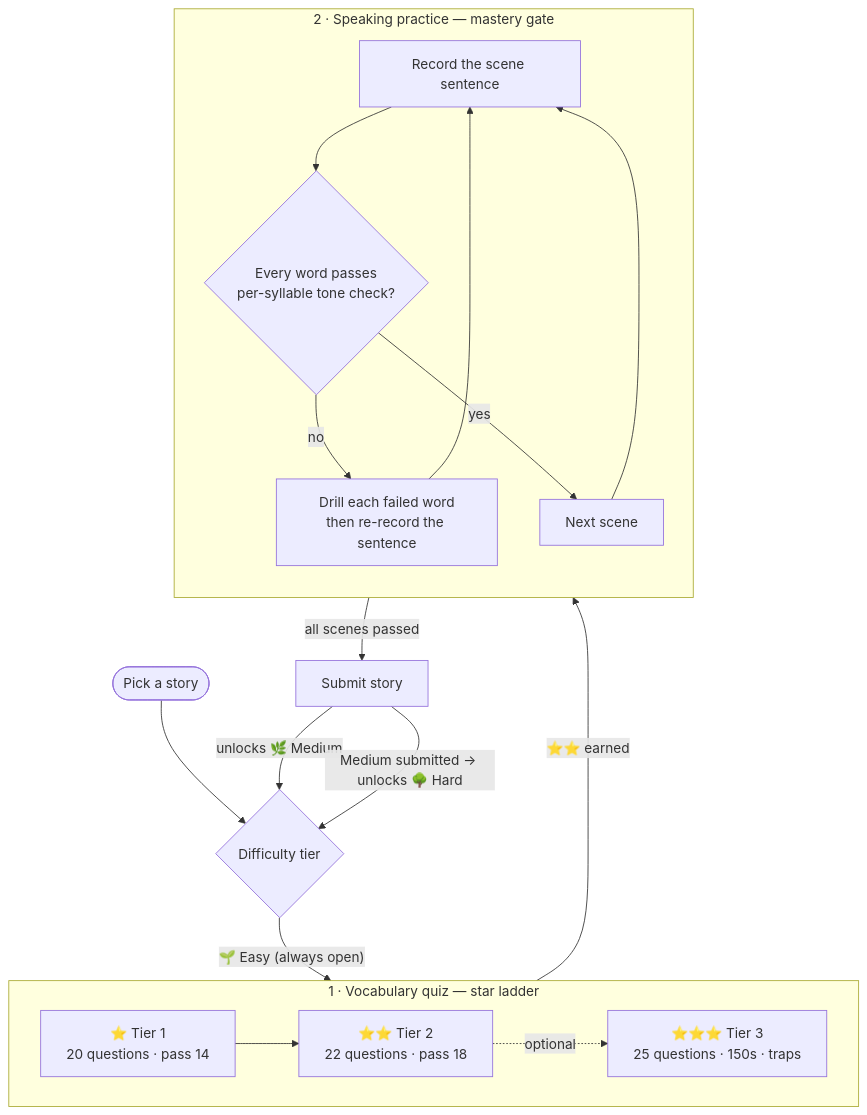
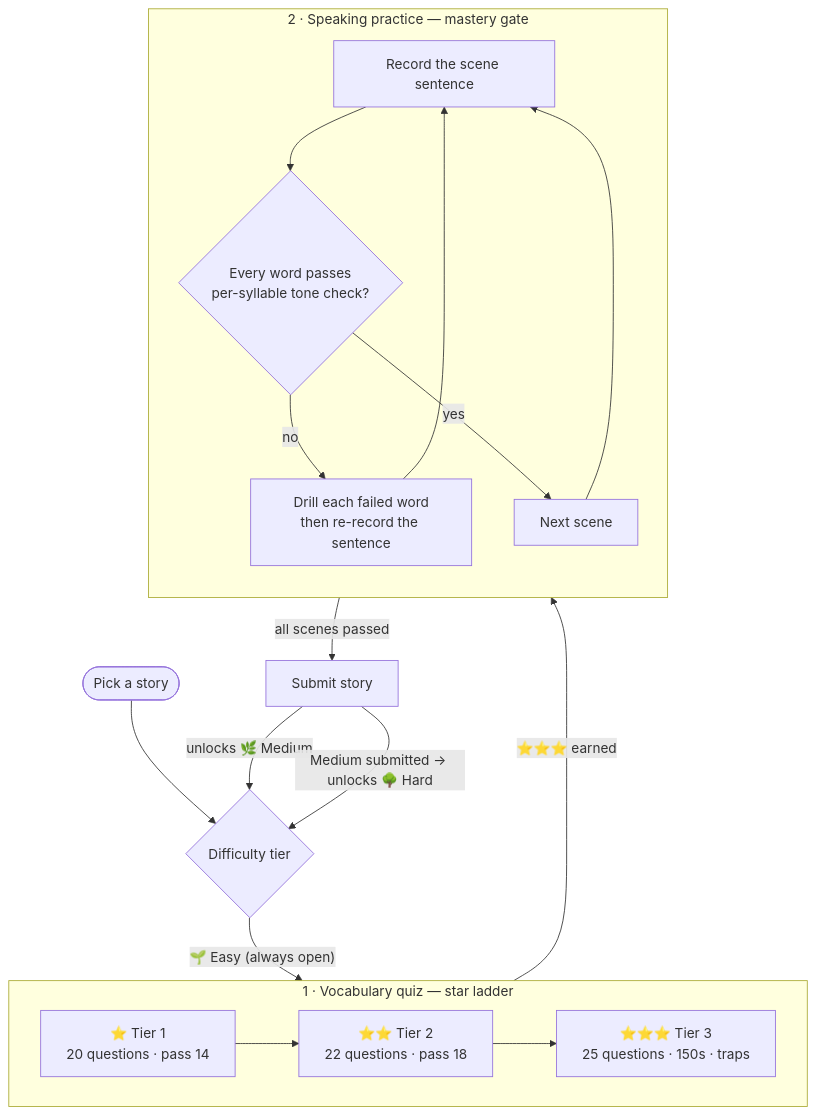
The third of 3 diagrams in README.md (marktran0710/mandarin-speaking), drawn with Mermaid before and after one commit. The commit also changed other lines of this file and 12 other files, not shown here.

````diff
--- a/README.md
+++ b/README.md
@@ -196,24 +196,24 @@
 ```mermaid
 flowchart TD
     P([Pick a story]) --> L{Difficulty tier}
     L -->|"🌱 Easy (always open)"| Q
 
     subgraph Q["1 · Vocabulary quiz — star ladder"]
         direction LR
         T1["⭐ Tier 1\n20 questions · pass 14"] --> T2["⭐⭐ Tier 2\n22 questions · pass 18"]
-        T2 -.optional.-> T3["⭐⭐⭐ Tier 3\n25 questions · 150s · traps"]
+        T2 --> T3["⭐⭐⭐ Tier 3\n25 questions · 150s · traps"]
     end
 
-    T2 -->|"⭐⭐ earned"| SP
+    T3 -->|"⭐⭐⭐ earned"| SP
 
     subgraph SP["2 · Speaking practice — mastery gate"]
         direction TB
         R[Record the scene sentence] --> V{Every word passes\nper-syllable tone check?}
         V -->|no| D[Drill each failed word\nthen re-record the sentence] --> R
         V -->|yes| N[Next scene] --> R
     end
 
     SP -->|all scenes passed| SUB[Submit story]
     SUB -->|"unlocks 🌿 Medium"| L
     SUB -->|"Medium submitted → unlocks 🌳 Hard"| L
 ```
````
